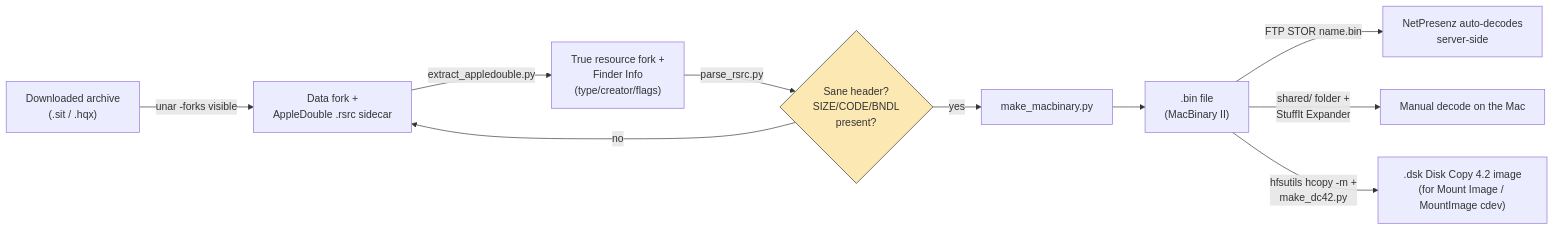
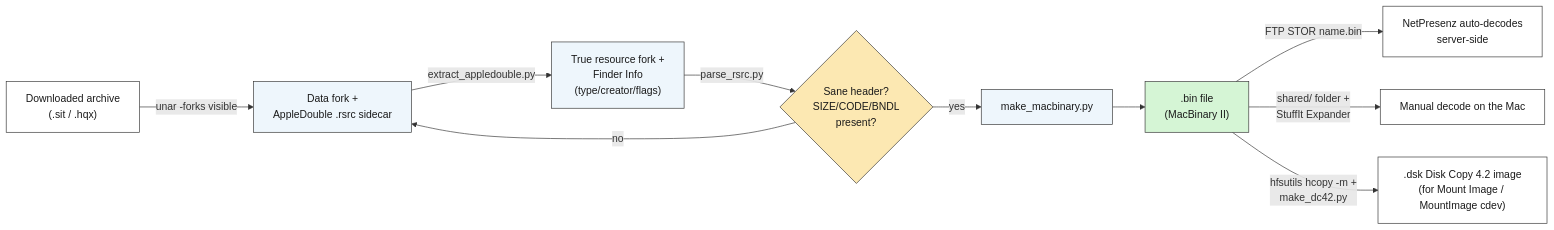
One commit to sheppy1/mac-se-gemini-bridge changed the fifth of 5 diagrams in ARCHITECTURE.md. Above: the diagram before and after it, drawn with Mermaid. The commit also changed other lines of this file and 2 other files, not shown here.

First line of the commit message:
Fix stale BetterTelnet references, improve Mermaid diagram contrast

````diff
--- a/ARCHITECTURE.md
+++ b/ARCHITECTURE.md
@@ -143,14 +156,22 @@
 ```mermaid
 flowchart LR
     A["Downloaded archive<br/>(.sit / .hqx)"] -->|"unar -forks visible"| B["Data fork +<br/>AppleDouble .rsrc sidecar"]
     B -->|"extract_appledouble.py"| C["True resource fork +<br/>Finder Info<br/>(type/creator/flags)"]
     C -->|"parse_rsrc.py"| D{"Sane header?<br/>SIZE/CODE/BNDL<br/>present?"}
     D -->|no| B
     D -->|yes| E["make_macbinary.py"]
     E --> F[".bin file<br/>(MacBinary II)"]
     F -->|"FTP STOR name.bin"| G["NetPresenz auto-decodes<br/>server-side"]
     F -->|"shared/ folder +<br/>StuffIt Expander"| H["Manual decode on the Mac"]
     F -->|"hfsutils hcopy -m +<br/>make_dc42.py"| I[".dsk Disk Copy 4.2 image<br/>(for Mount Image / MountImage cdev)"]
 
-    style D fill:#fce8b2,stroke:#333
+    style D fill:#fce8b2,stroke:#333,color:#1a1a1a
+    style A fill:#ffffff,stroke:#333,color:#1a1a1a
+    style B fill:#eef6fc,stroke:#333,color:#1a1a1a
+    style C fill:#eef6fc,stroke:#333,color:#1a1a1a
+    style E fill:#eef6fc,stroke:#333,color:#1a1a1a
+    style F fill:#d5f5d5,stroke:#333,color:#1a1a1a
+    style G fill:#ffffff,stroke:#333,color:#1a1a1a
+    style H fill:#ffffff,stroke:#333,color:#1a1a1a
+    style I fill:#ffffff,stroke:#333,color:#1a1a1a
 ```
````
